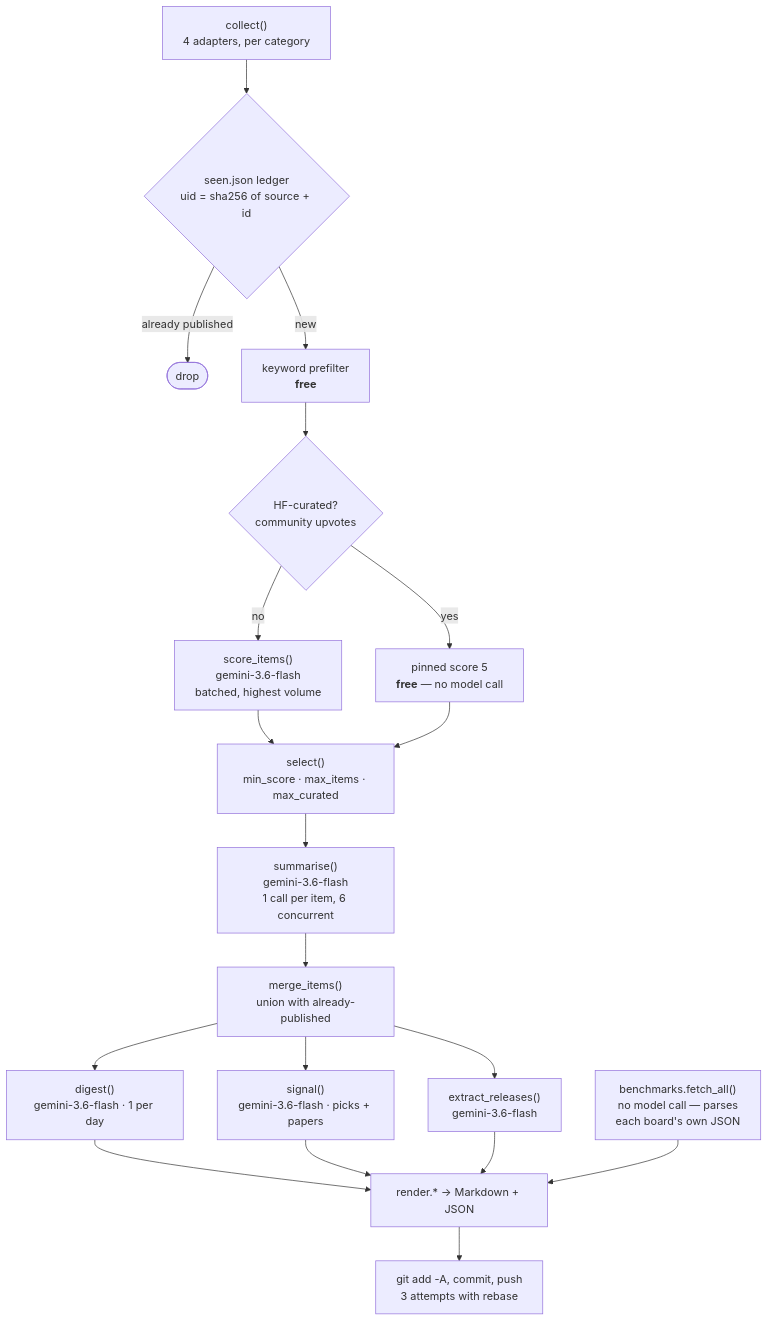
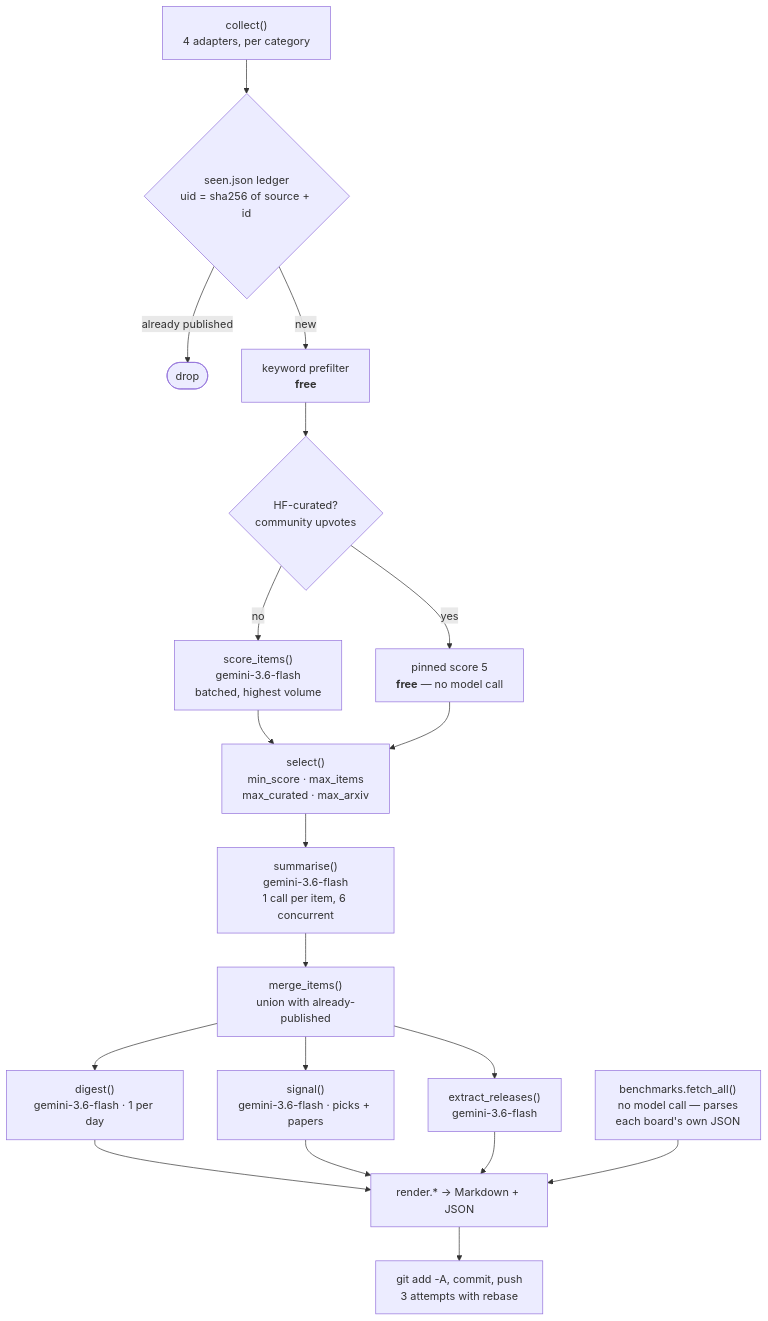
The second of 3 diagrams in README.md (zken-cloud/ai-wiki-app), drawn with Mermaid before and after one commit. The commit also changed other lines of this file and 5 other files, not shown here.

````diff
--- a/README.md
+++ b/README.md
@@ -62,21 +62,21 @@
 ```mermaid
 flowchart TD
     A["collect()<br/>4 adapters, per category"] --> B{"seen.json ledger<br/>uid = sha256 of source + id"}
     B -->|already published| X([drop])
     B -->|new| C["keyword prefilter<br/><b>free</b>"]
     C --> D{"HF-curated?<br/>community upvotes"}
     D -->|yes| F["pinned score 5<br/><b>free</b> — no model call"]
     D -->|no| E["score_items()<br/>gemini-3.6-flash<br/>batched, highest volume"]
-    E --> G["select()<br/>min_score · max_items · max_curated"]
+    E --> G["select()<br/>min_score · max_items<br/>max_curated · max_arxiv"]
     F --> G
     G --> H["summarise()<br/>gemini-3.6-flash<br/>1 call per item, 6 concurrent"]
     H --> I["merge_items()<br/>union with already-published"]
     I --> J["digest()<br/>gemini-3.6-flash · 1 per day"]
     I --> K["signal()<br/>gemini-3.6-flash · picks + papers"]
     I --> L["extract_releases()<br/>gemini-3.6-flash"]
     J --> M["render.* → Markdown + JSON"]
     K --> M
     L --> M
     BM["benchmarks.fetch_all()<br/>no model call — parses<br/>each board's own JSON"] --> M
     M --> N["git add -A, commit, push<br/>3 attempts with rebase"]
 ```
````
